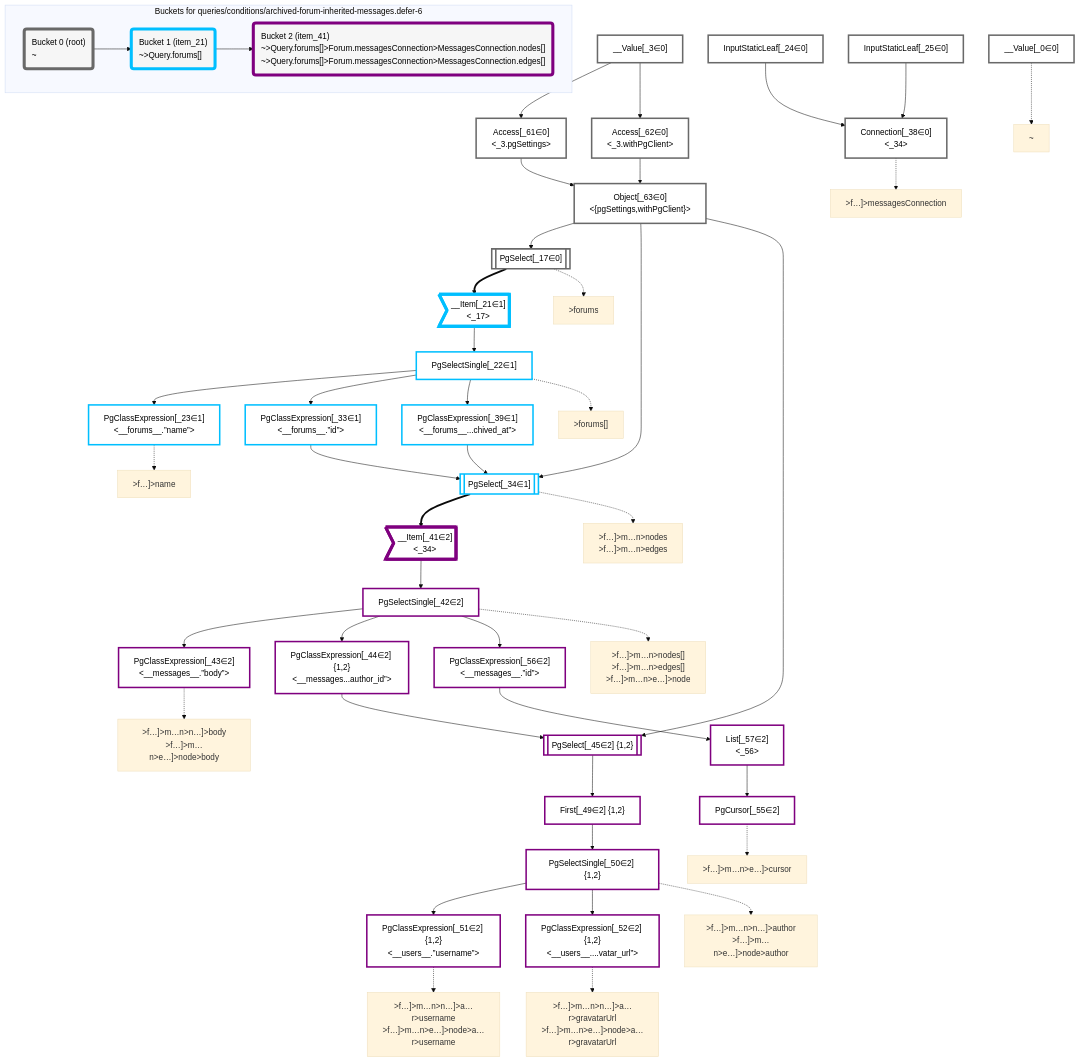
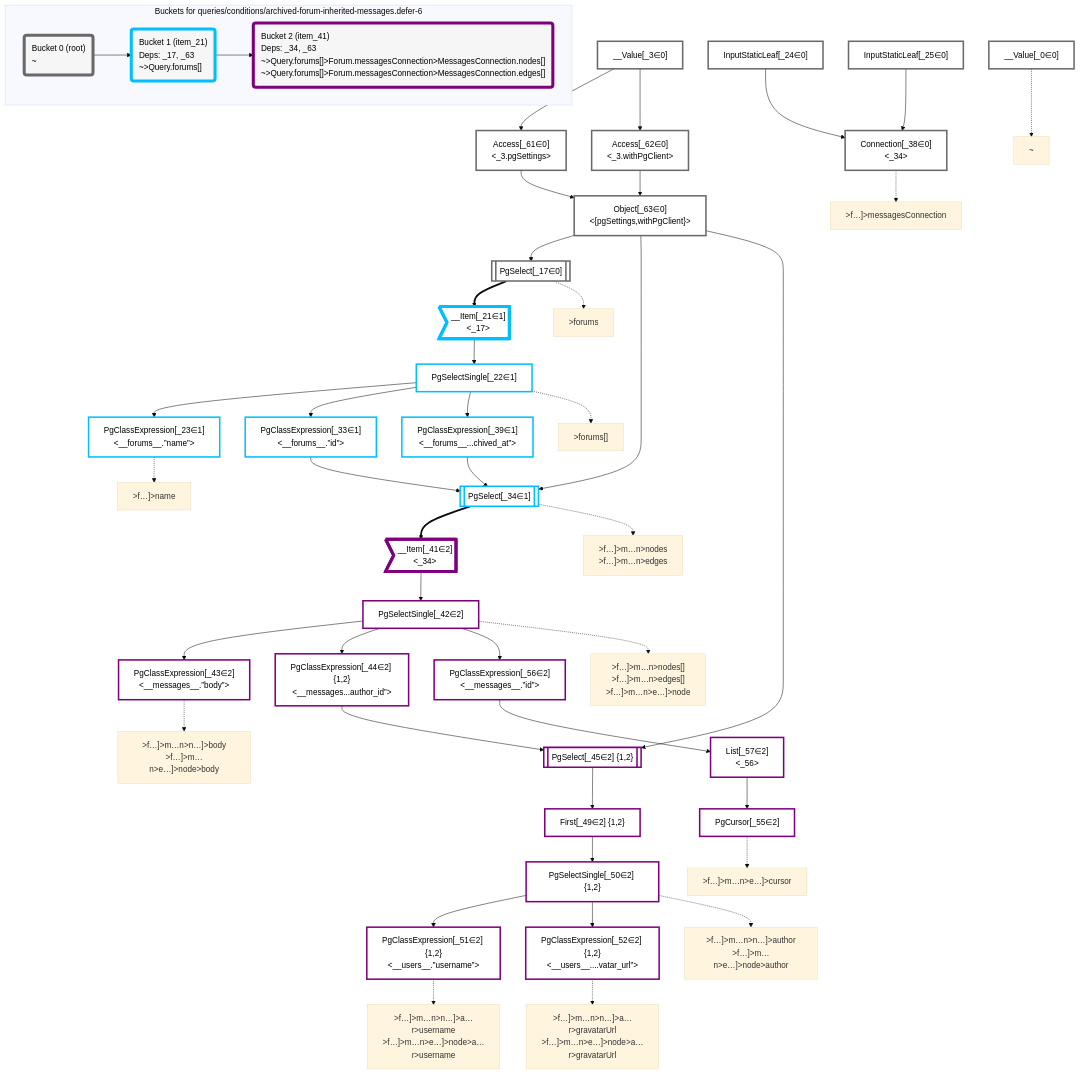
One commit to graphile/crystal changed the diagram in packages/dataplan-pg/__tests__/queries/conditions/archived-forum-inherited-messages.defer-6.deopt.mermaid.md. Above: the diagram before and after it, drawn with Mermaid (base theme). The commit also changed 157 other files, not shown here.

Commit message:
Add deps to all query snapshots

```diff
--- a/packages/dataplan-pg/__tests__/queries/conditions/archived-forum-inherited-messages.defer-6.deopt.mermaid.md
+++ b/packages/dataplan-pg/__tests__/queries/conditions/archived-forum-inherited-messages.defer-6.deopt.mermaid.md
@@ -103,10 +103,10 @@
     subgraph "Buckets for queries/conditions/archived-forum-inherited-messages.defer-6"
     Bucket0("Bucket 0 (root)<br />~"):::bucket
     style Bucket0 stroke:#696969
-    Bucket1("Bucket 1 (item_21)<br />~>Query.forums[]"):::bucket
+    Bucket1("Bucket 1 (item_21)<br />Deps: _17, _63<br />~>Query.forums[]"):::bucket
     style Bucket1 stroke:#00bfff
     Bucket0 --> Bucket1
-    Bucket2("Bucket 2 (item_41)<br />~>Query.forums[]>Forum.messagesConnection>MessagesConnection.nodes[]<br />~>Query.forums[]>Forum.messagesConnection>MessagesConnection.edges[]"):::bucket
+    Bucket2("Bucket 2 (item_41)<br />Deps: _34, _63<br />~>Query.forums[]>Forum.messagesConnection>MessagesConnection.nodes[]<br />~>Query.forums[]>Forum.messagesConnection>MessagesConnection.edges[]"):::bucket
     style Bucket2 stroke:#7f007f
     Bucket1 --> Bucket2
     end
```
